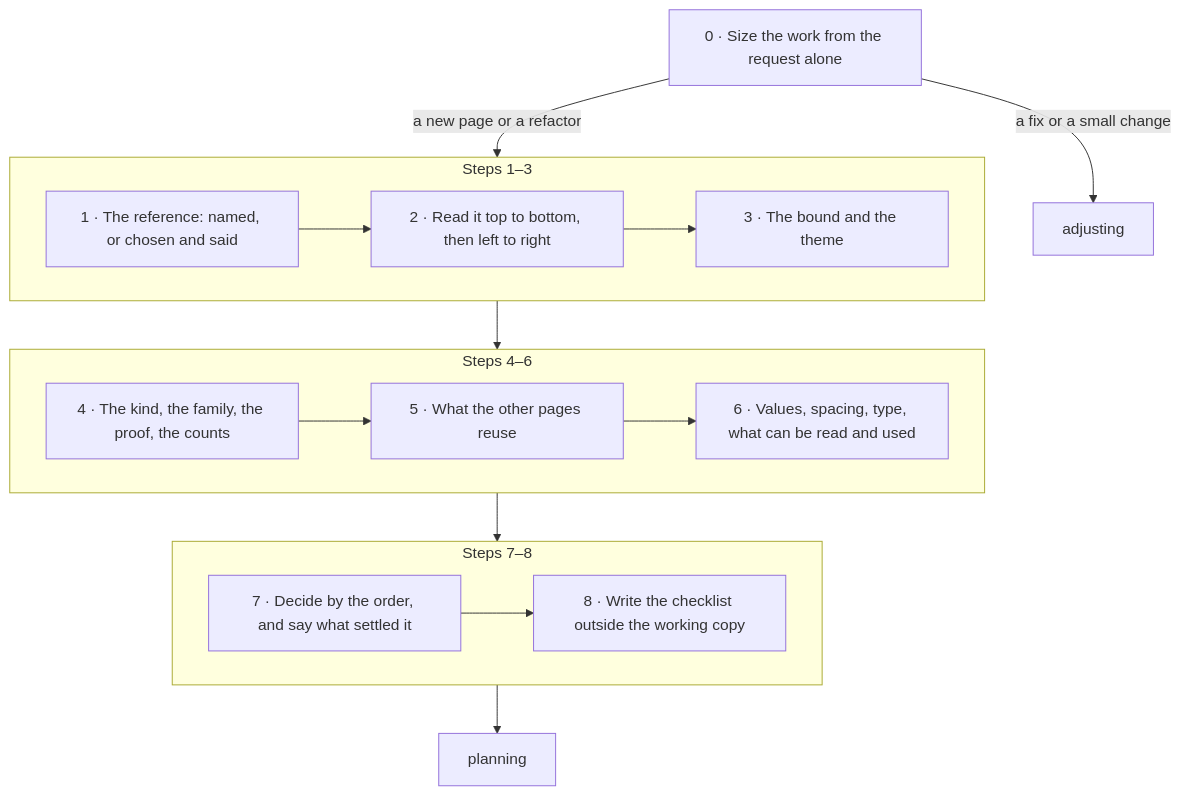
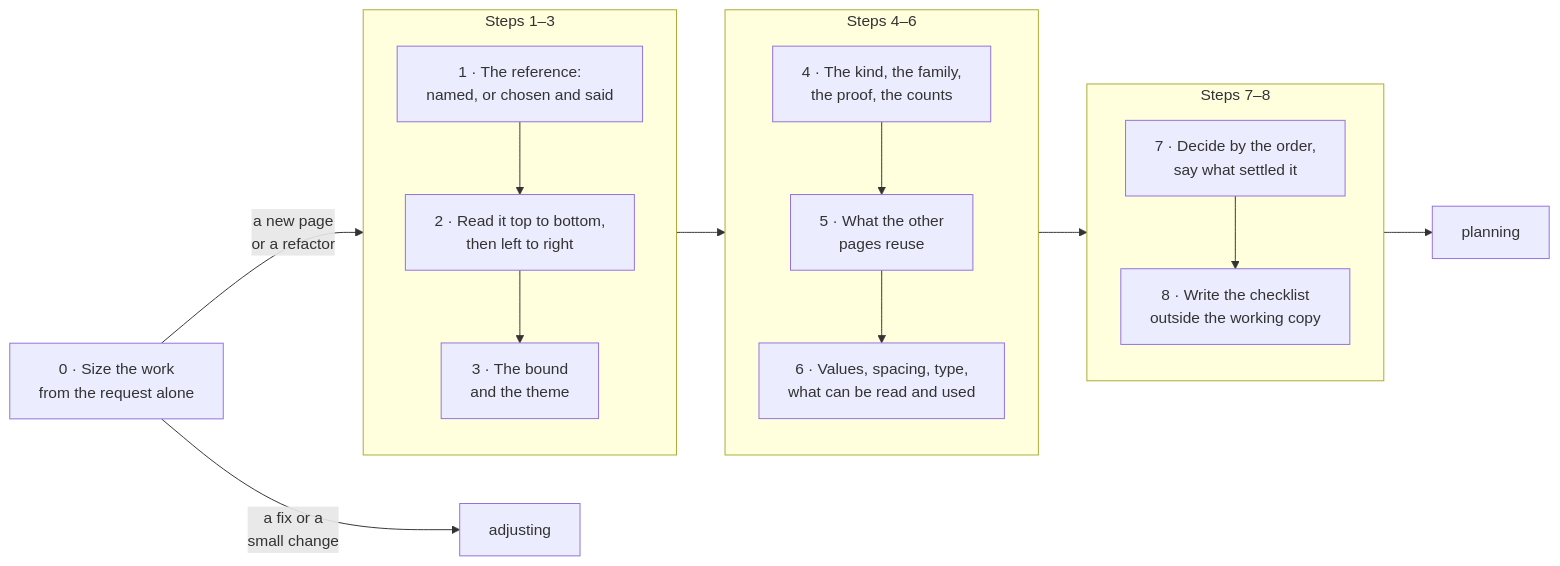
Before and after one commit to kamenkurtev/ui-consistency: the second of 7 diagrams in docs/how-it-works.md, drawn with Mermaid. The commit also changed other lines of this file, not shown here.

Commit message:
Lay the diagrams out left to right, so each fits one screen (#466)

````diff
--- a/docs/how-it-works.md
+++ b/docs/how-it-works.md
@@ -31,19 +31,19 @@
 ```mermaid
-flowchart TB
+flowchart LR
+  S0["0 · Size the work<br>from the request alone"]
   subgraph A ["Steps 1–3"]
-    direction LR
-    S1["1 · The reference: named, or chosen and said"] --> S2["2 · Read it top to bottom, then left to right"] --> S3["3 · The bound and the theme"]
+    direction TB
+    S1["1 · The reference:<br>named, or chosen and said"] --> S2["2 · Read it top to bottom,<br>then left to right"] --> S3["3 · The bound<br>and the theme"]
   end
   subgraph B ["Steps 4–6"]
-    direction LR
-    S4["4 · The kind, the family, the proof, the counts"] --> S5["5 · What the other pages reuse"] --> S6["6 · Values, spacing, type, what can be read and used"]
+    direction TB
+    S4["4 · The kind, the family,<br>the proof, the counts"] --> S5["5 · What the other<br>pages reuse"] --> S6["6 · Values, spacing, type,<br>what can be read and used"]
   end
   subgraph C ["Steps 7–8"]
-    direction LR
-    S7["7 · Decide by the order, and say what settled it"] --> S8["8 · Write the checklist outside the working copy"]
+    direction TB
+    S7["7 · Decide by the order,<br>say what settled it"] --> S8["8 · Write the checklist<br>outside the working copy"]
   end
-  S0["0 · Size the work from the request alone"]
-  S0 -->|"a fix or a small change"| AD["adjusting"]
-  S0 -->|"a new page or a refactor"| A
+  S0 -->|"a new page<br>or a refactor"| A
+  S0 -->|"a fix or a<br>small change"| AD["adjusting"]
   A --> B --> C --> PL["planning"]
 ```
````
